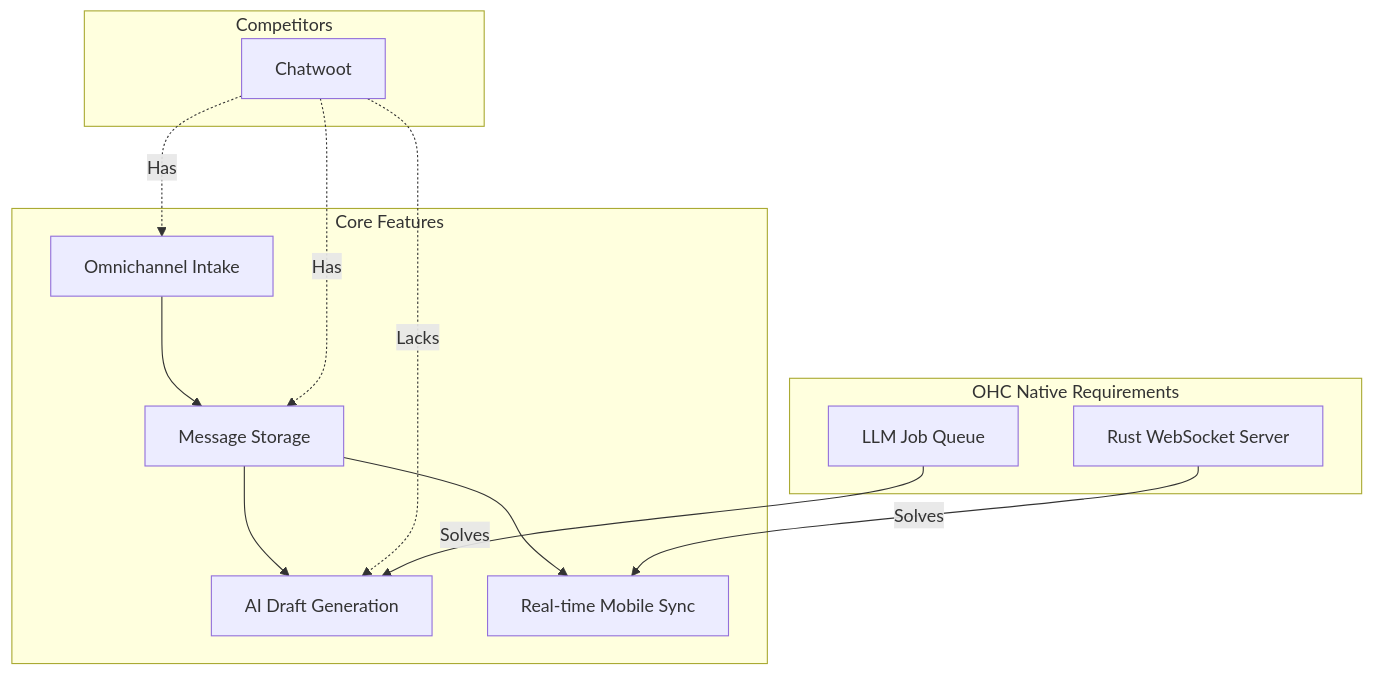
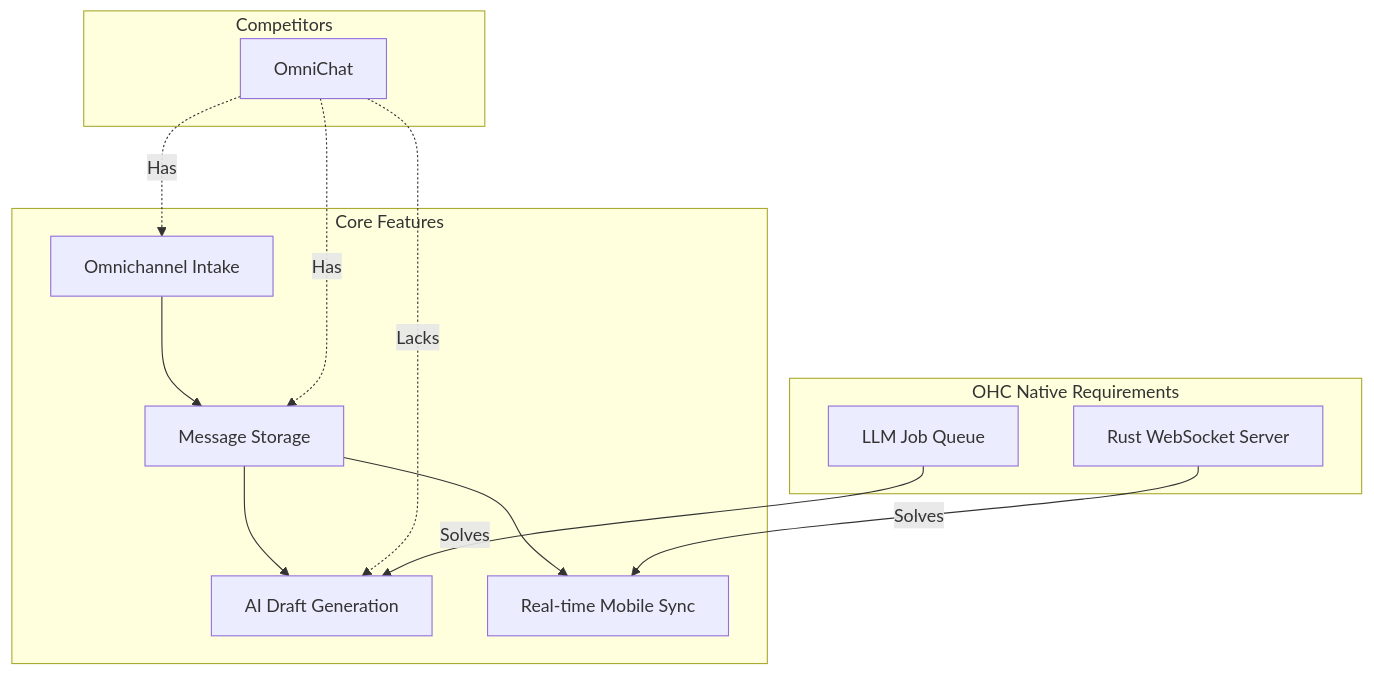
One commit to omnisolo-llc/onehumancorp changed the second of 2 diagrams in .agent-task/report/task_output.md. Above: the diagram before and after it, drawn with Mermaid. The commit also changed other lines of this file and 1 other file, not shown here.

First line of the commit message:
docs: Add AI omnichannel chat research report

````diff
--- a/.agent-task/report/task_output.md
+++ b/.agent-task/report/task_output.md
@@ -91,17 +91,17 @@
   ```mermaid
   graph TD
       subgraph Core Features
           A[Omnichannel Intake] --> B[Message Storage]
           B --> C[AI Draft Generation]
           B --> D[Real-time Mobile Sync]
       end
       subgraph Competitors
-          E[Chatwoot] -.->|Has| A
+          E[OmniChat] -.->|Has| A
           E -.->|Has| B
           E -.->|Lacks| C
       end
       subgraph OHC Native Requirements
           F[Rust WebSocket Server] -->|Solves| D
           G[LLM Job Queue] -->|Solves| C
       end
   ```
````
